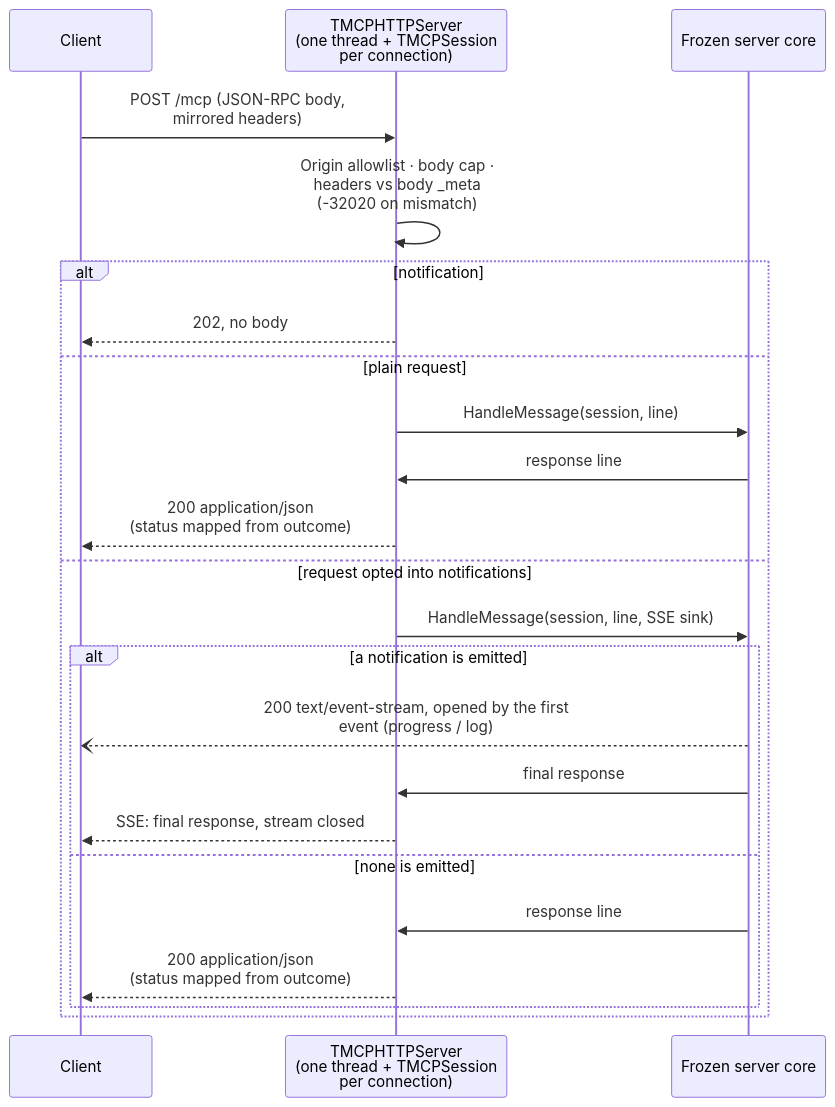
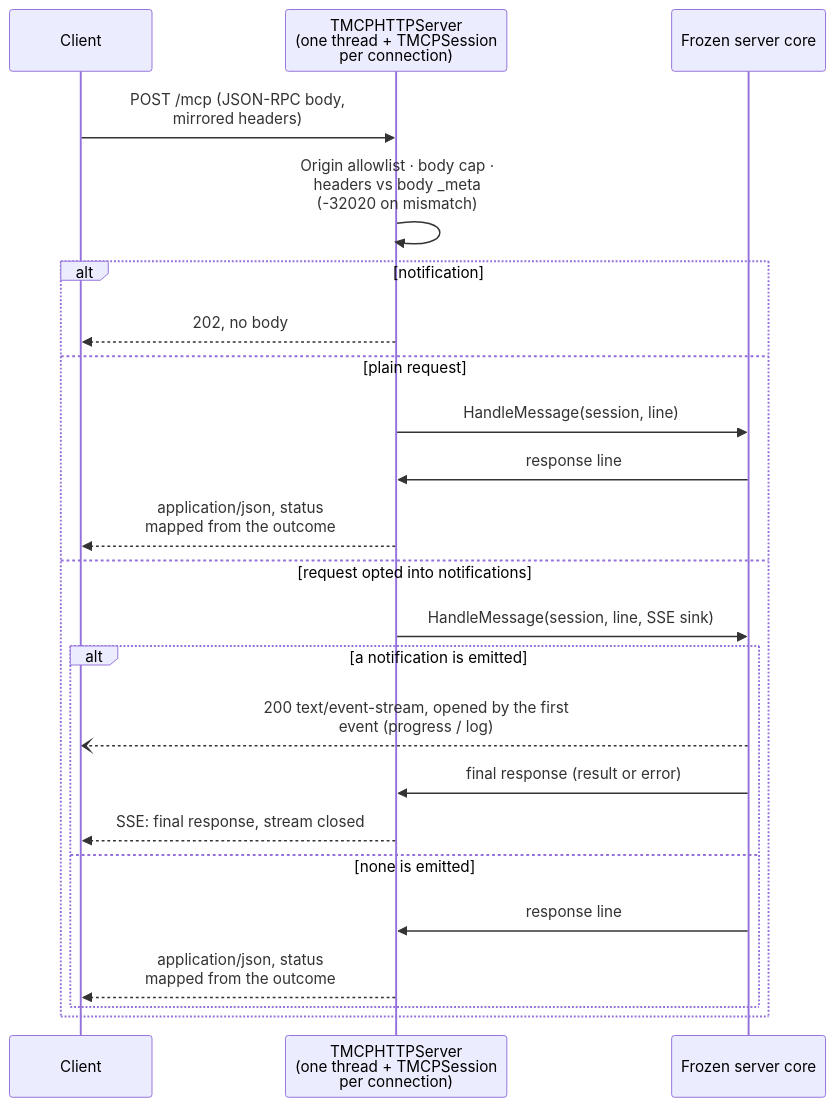
One commit to frostney/pascal-mcp-sdk changed the fifth of 5 diagrams in docs/internals/architecture.md. Above: the diagram before and after it, drawn with Mermaid. The commit also changed other lines of this file and 12 other files, not shown here.

````diff
--- a/docs/internals/architecture.md
+++ b/docs/internals/architecture.md
@@ -294,25 +294,25 @@
 ```mermaid
 sequenceDiagram
     participant C as Client
     participant T as TMCPHTTPServer<br/>(one thread + TMCPSession<br/>per connection)
     participant Core as Frozen server core
     C->>T: POST /mcp (JSON-RPC body,<br/>mirrored headers)
     T->>T: Origin allowlist · body cap ·<br/>headers vs body _meta<br/>(-32020 on mismatch)
     alt notification
         T-->>C: 202, no body
     else plain request
         T->>Core: HandleMessage(session, line)
         Core->>T: response line
-        T-->>C: 200 application/json<br/>(status mapped from outcome)
+        T-->>C: application/json, status<br/>mapped from the outcome
     else request opted into notifications
         T->>Core: HandleMessage(session, line, SSE sink)
         alt a notification is emitted
             Core--)C: 200 text/event-stream, opened by the first<br/>event (progress / log)
-            Core->>T: final response
+            Core->>T: final response (result or error)
             T-->>C: SSE: final response, stream closed
         else none is emitted
             Core->>T: response line
-            T-->>C: 200 application/json<br/>(status mapped from outcome)
+            T-->>C: application/json, status<br/>mapped from the outcome
         end
     end
 ```
````
